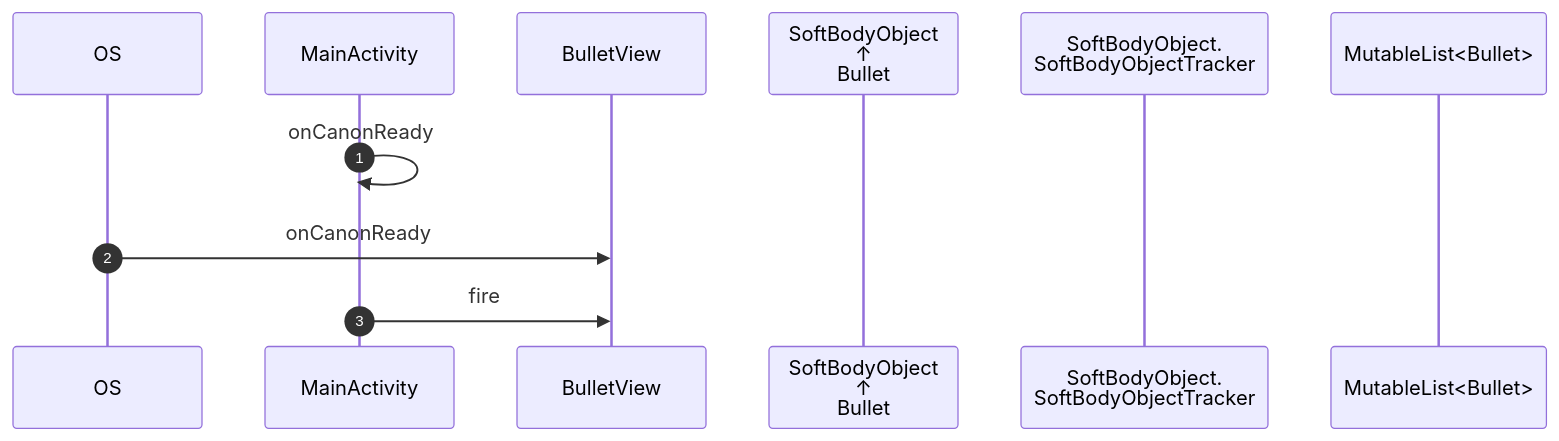
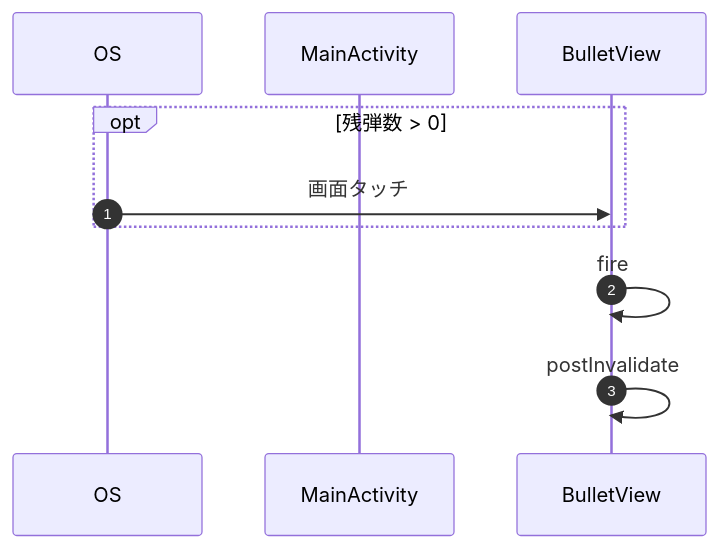
One commit to aaaa1597/AndKotlin-Invaders changed the third of 4 diagrams in README.md. Above: the diagram before and after it, drawn with Mermaid.

Commit message:
発射処理シーケンス追記

````diff
--- a/README.md
+++ b/README.md
@@ -93,16 +93,14 @@
 ```mermaid
 %% SpaceShipViewのシーケンス(fire)
 sequenceDiagram
     autonumber
     participant OS
     participant MainActivity
     participant BulletView
-    participant Bullet as SoftBodyObject<br/>↑<br/>Bullet
-    participant SoftBodyObjectTracker as SoftBodyObject.<br/>SoftBodyObjectTracker
-    participant BulletList as MutableList<Bullet>
 
-    MainActivity->>MainActivity: onCanonReady
-    OS->>BulletView: onCanonReady
-    MainActivity->>BulletView: fire
-
+    opt 残弾数 > 0
+        OS->>BulletView: 画面タッチ
+    end
+    BulletView->>BulletView: fire
+    BulletView->>BulletView: postInvalidate
 ```
````
